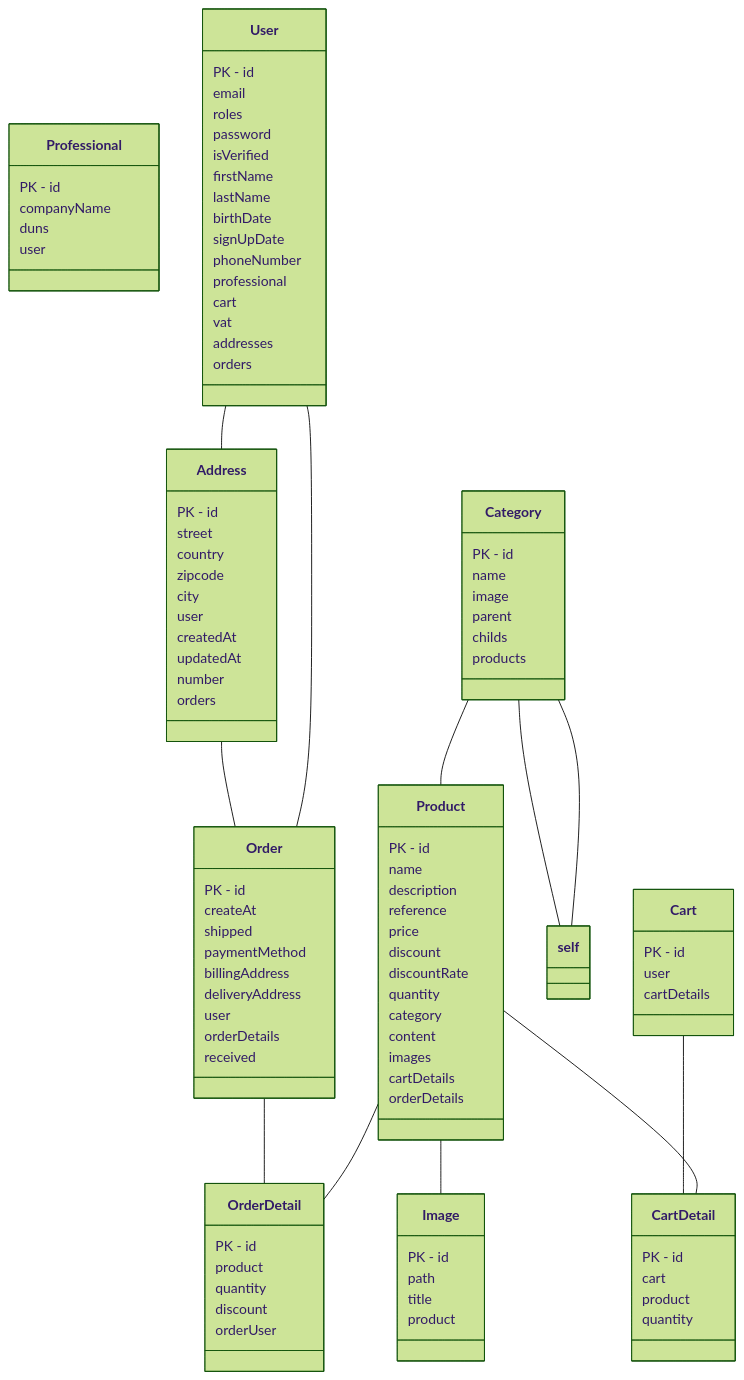
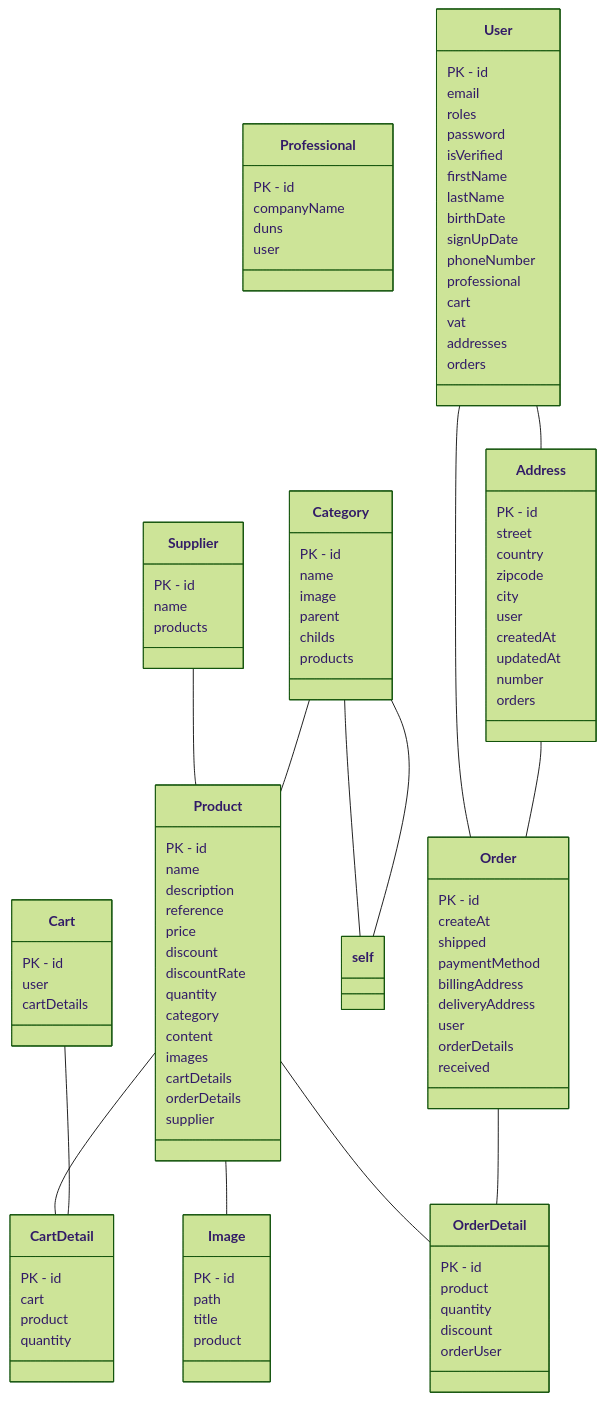
One commit to Mochafe/Projet-Fil-Rouge-Symfony-V1 changed the diagram in UML.md. Above: the diagram before and after it, drawn with Mermaid (forest theme). The commit also changed 19 other files, not shown here.

```diff
--- a/UML.md
+++ b/UML.md
@@ -15,6 +15,13 @@
 }
 
 Address -- Order
+class CartDetail{
+PK - id
+cart
+product
+quantity
+}
+
 class Cart{
 PK - id
 user
@@ -22,11 +29,11 @@
 }
 
 Cart -- CartDetail
-class CartDetail{
+class Image{
 PK - id
-cart
+path
+title
 product
-quantity
 }
 
 class Category{
@@ -41,13 +48,6 @@
 Category -- self
 Category -- self
 Category -- Product
-class Image{
-PK - id
-path
-title
-product
-}
-
 class Order{
 PK - id
 createAt
@@ -83,6 +83,7 @@
 images
 cartDetails
 orderDetails
+supplier
 }
 
 Product -- Image
@@ -95,6 +96,13 @@
 user
 }
 
+class Supplier{
+PK - id
+name
+products
+}
+
+Supplier -- Product
 class User{
 PK - id
 email
```
